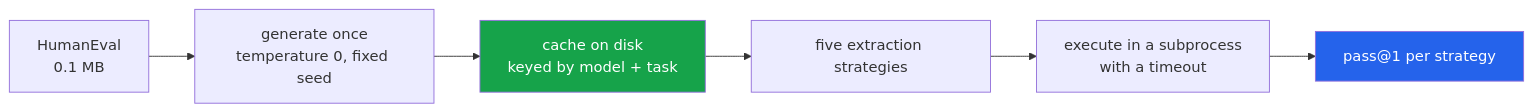
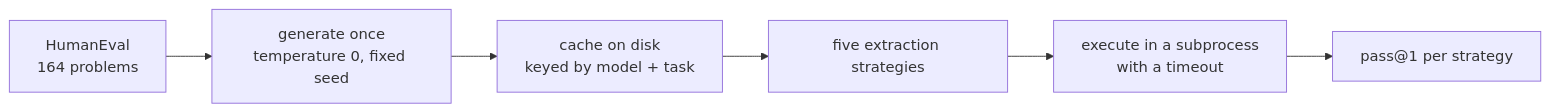
One commit to hammasbuilds/code-eval-harness changed the diagram in README.md. Above: the diagram before and after it, drawn with Mermaid. The commit also changed other lines of this file and 2 other files, not shown here.

````diff
--- a/README.md
+++ b/README.md
@@ -102,11 +24,8 @@
 ```mermaid
 flowchart LR
-    A["HumanEval<br/>0.1 MB"] --> B["generate once<br/>temperature 0, fixed seed"]
+    A["HumanEval<br/>164 problems"] --> B["generate once<br/>temperature 0, fixed seed"]
     B --> C["cache on disk<br/>keyed by model + task"]
     C --> D["five extraction strategies"]
     D --> E["execute in a subprocess<br/>with a timeout"]
     E --> F["pass@1 per strategy"]
-
-    style C fill:#16a34a,color:#fff
-    style F fill:#2563eb,color:#fff
 ```
````
